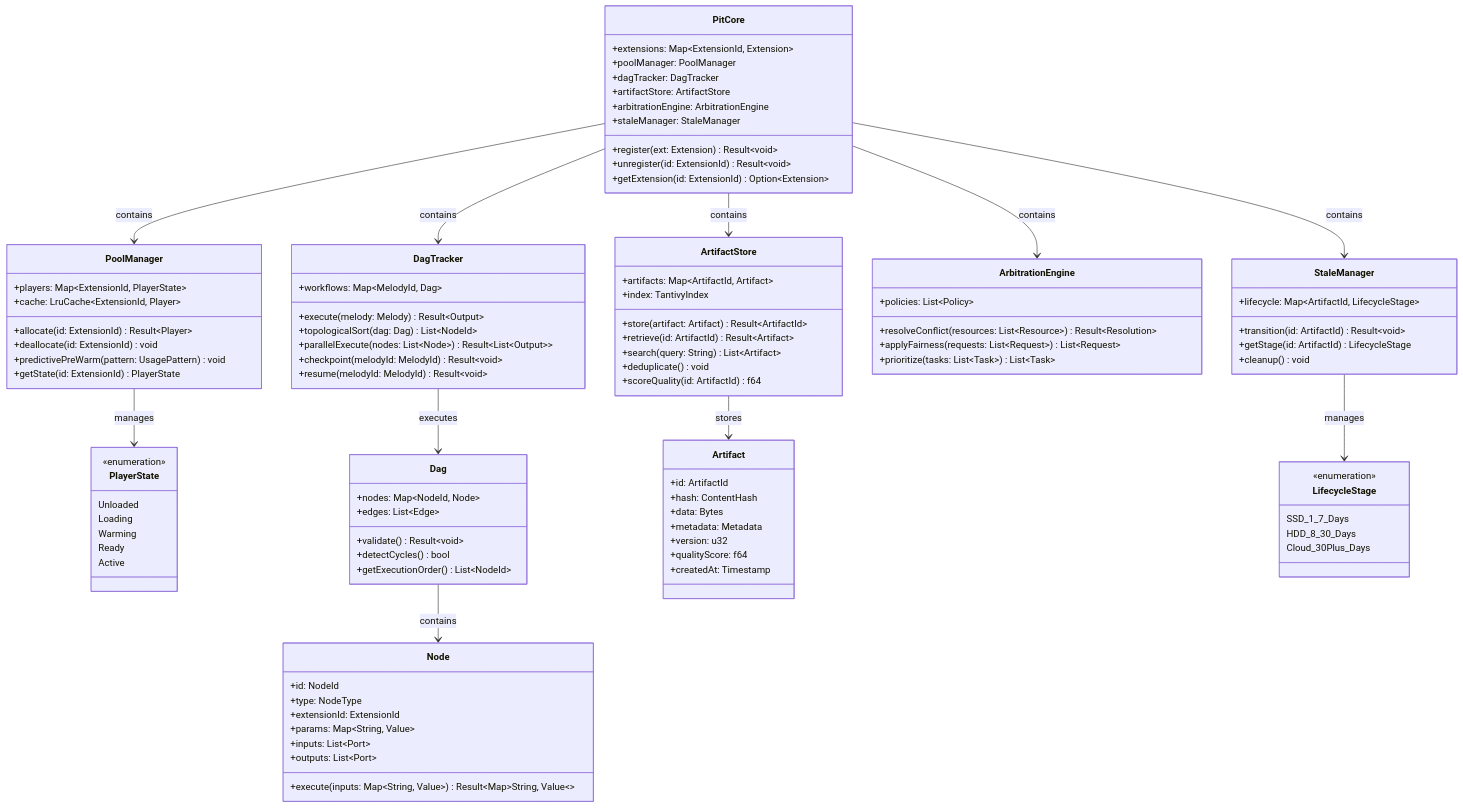
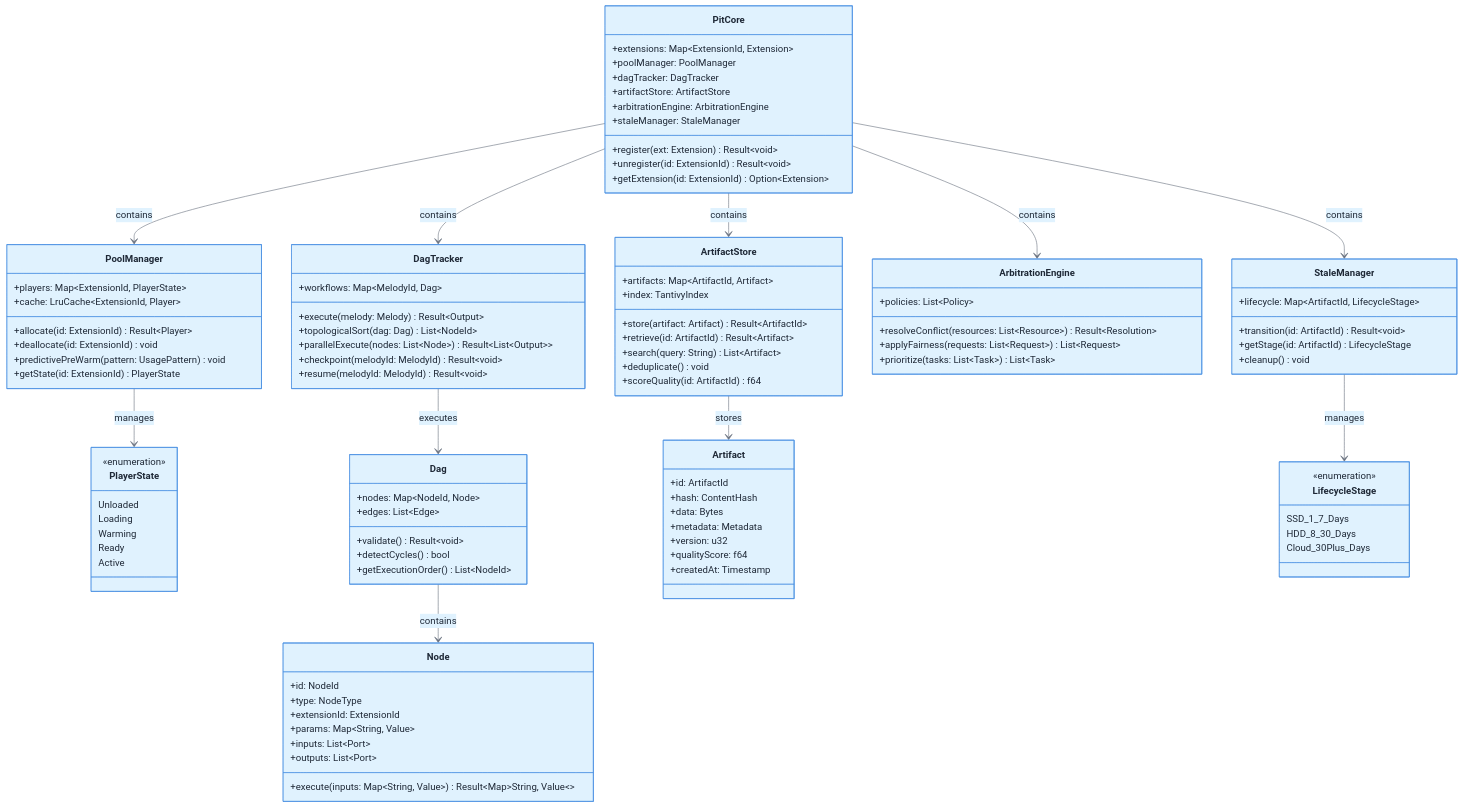
One commit to Symphony-aide/Symphony changed the second of 6 diagrams in CLASS_DIAGRAM.md. Above: the diagram before and after it, drawn with Mermaid. The commit also changed other lines of this file and 2 other files, not shown here.

````diff
--- a/CLASS_DIAGRAM.md
+++ b/CLASS_DIAGRAM.md
@@ -110,4 +111,5 @@
 ```mermaid
+%%{init: {'theme':'base', 'themeVariables': { 'primaryColor':'#e0f2fe', 'primaryTextColor':'#1f2937', 'primaryBorderColor':'#4a90e2', 'lineColor':'#6b7280', 'secondaryColor':'#fef3c7', 'tertiaryColor':'#f0f9ff', 'noteBkgColor':'#f9fafb', 'noteBorderColor':'#d1d5db', 'noteTextColor':'#1f2937'}}}%%
 classDiagram-v2
     %% ============================================
     %% THE PIT - AIDE Layer (In-Process Extensions)
````
